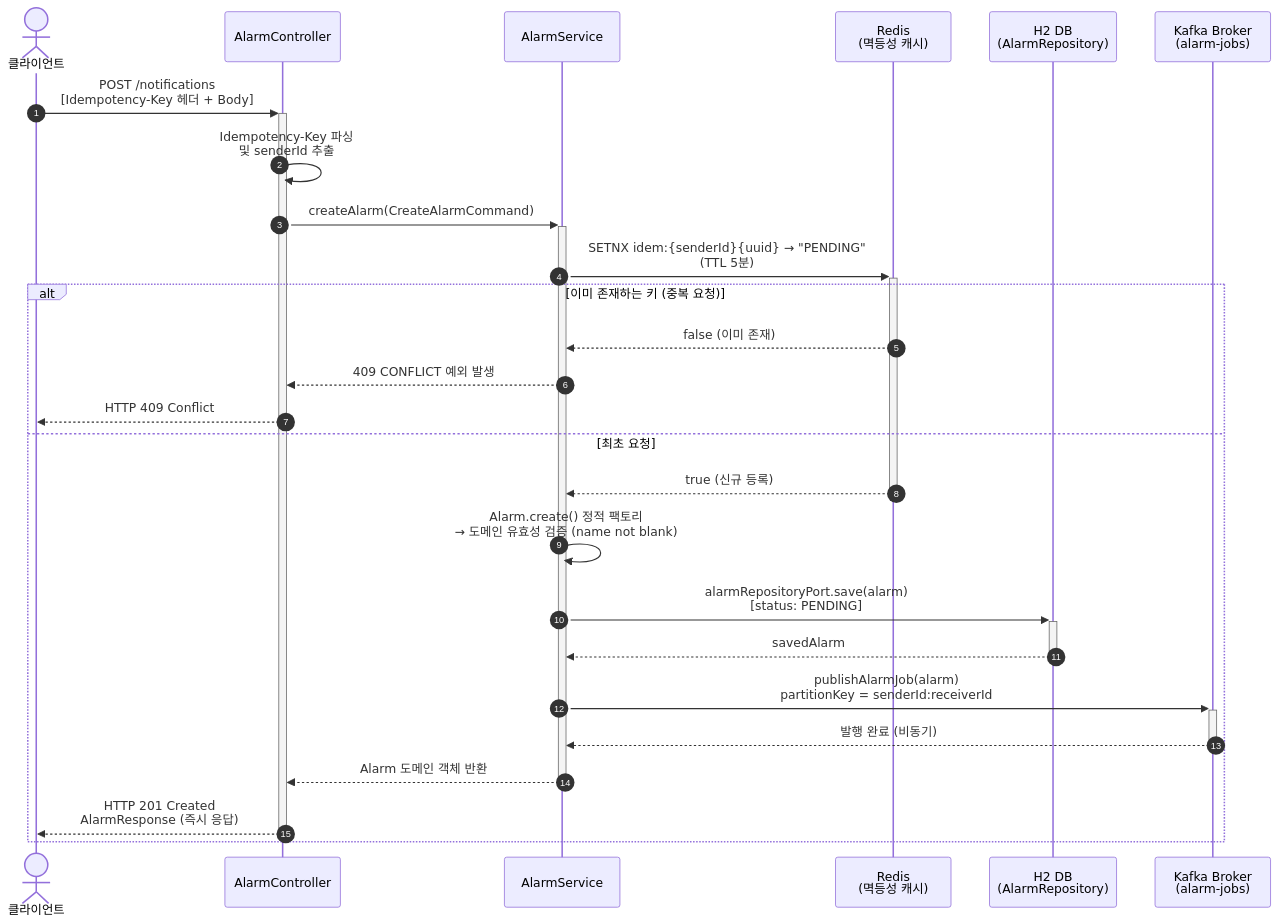
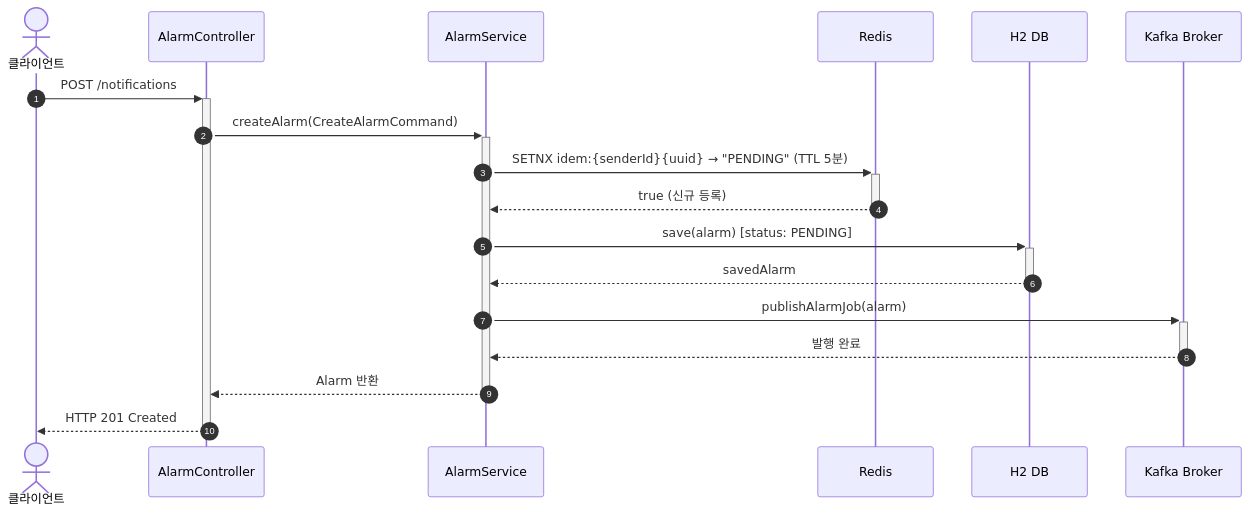
The second of 5 diagrams in README.md (wonjae124/messege_api), drawn with Mermaid before and after one commit. The commit also changed other lines of this file, not shown here.

Commit message:
리드미 시퀀스 다이어그램 가독성 개선

````diff
--- a/README.md
+++ b/README.md
@@ -39,30 +41,21 @@
 ```mermaid
 sequenceDiagram
     autonumber
     actor Client as 클라이언트
     participant Controller as AlarmController
     participant Service as AlarmService
-    participant Redis as Redis<br/>(멱등성 캐시)
-    participant DB as H2 DB<br/>(AlarmRepository)
-    participant Kafka as Kafka Broker<br/>(alarm-jobs)
+    participant Redis as Redis
+    participant DB as H2 DB
+    participant Kafka as Kafka Broker
 
-    Client->>+Controller: POST /notifications<br/>[Idempotency-Key 헤더 + Body]
-    Controller->>Controller: Idempotency-Key 파싱<br/>및 senderId 추출
+    Client->>+Controller: POST /notifications
     Controller->>+Service: createAlarm(CreateAlarmCommand)
-
-    Service->>+Redis: SETNX idem:{senderId}{uuid} → "PENDING"<br/>(TTL 5분)
-    alt 이미 존재하는 키 (중복 요청)
-        Redis-->>Service: false (이미 존재)
-        Service-->>Controller: 409 CONFLICT 예외 발생
-        Controller-->>Client: HTTP 409 Conflict
-    else 최초 요청
-        Redis-->>-Service: true (신규 등록)
-        Service->>Service: Alarm.create() 정적 팩토리<br/>→ 도메인 유효성 검증 (name not blank)
-        Service->>+DB: alarmRepositoryPort.save(alarm)<br/>[status: PENDING]
-        DB-->>-Service: savedAlarm
-        Service->>+Kafka: publishAlarmJob(alarm)<br/>partitionKey = senderId:receiverId
-        Kafka-->>-Service: 발행 완료 (비동기)
-        Service-->>-Controller: Alarm 도메인 객체 반환
-        Controller-->>-Client: HTTP 201 Created<br/>AlarmResponse (즉시 응답)
-    end
+    Service->>+Redis: SETNX idem:{senderId}{uuid} → "PENDING" (TTL 5분)
+    Redis-->>-Service: true (신규 등록)
+    Service->>+DB: save(alarm) [status: PENDING]
+    DB-->>-Service: savedAlarm
+    Service->>+Kafka: publishAlarmJob(alarm)
+    Kafka-->>-Service: 발행 완료
+    Service-->>-Controller: Alarm 반환
+    Controller-->>-Client: HTTP 201 Created
 ```
````
